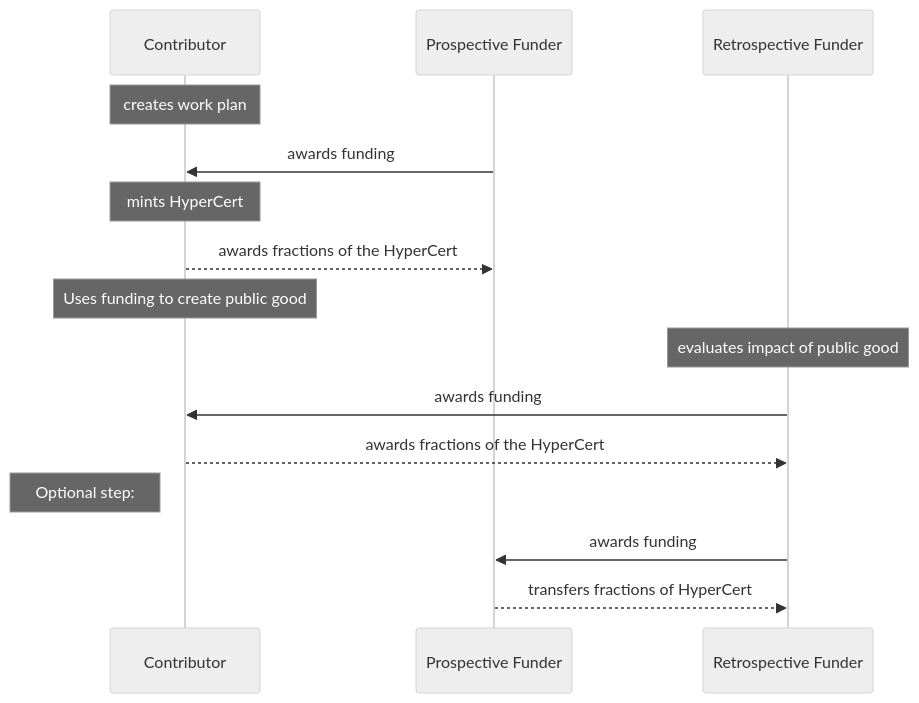
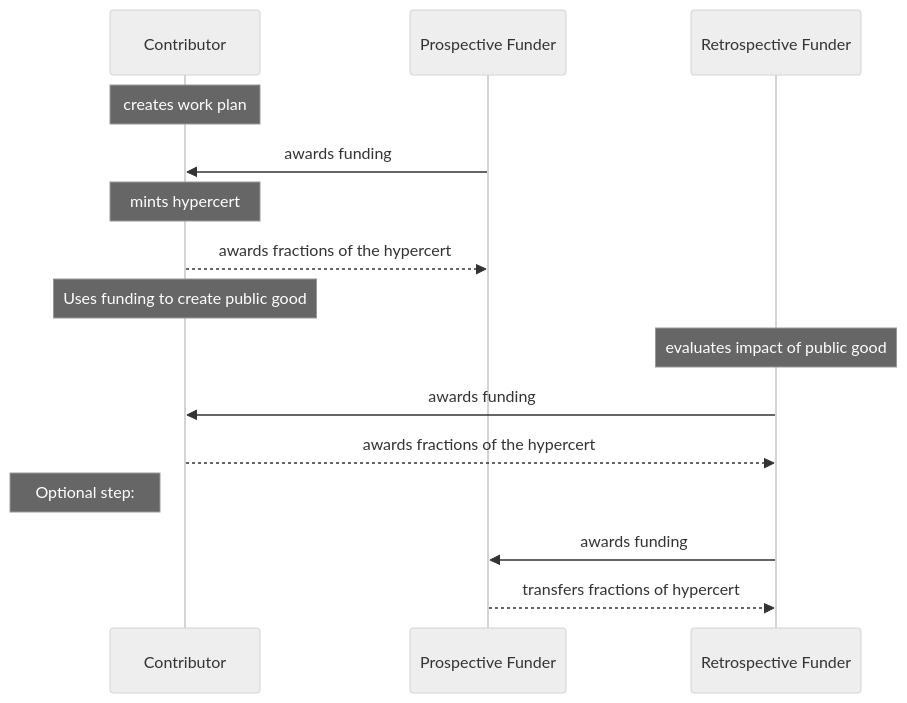
Before and after one commit to Network-Goods/hypercerts-docs: the fourth of 4 diagrams in docs/scenarios.md, drawn with Mermaid (neutral theme). The commit also changed other lines of this file and 7 other files, not shown here.

Commit message:
feat: HyperCert -> hypercert

````diff
--- a/docs/scenarios.md
+++ b/docs/scenarios.md
@@ -73,17 +73,17 @@
 ```mermaid
 sequenceDiagram
     participant Contributor
     participant Prospective Funder
     participant Retrospective Funder
     Note over Contributor: creates work plan
     Prospective Funder ->> Contributor: awards funding
-    Note over Contributor: mints HyperCert
-    Contributor -->> Prospective Funder: awards fractions of the HyperCert
+    Note over Contributor: mints hypercert
+    Contributor -->> Prospective Funder: awards fractions of the hypercert
     Note over Contributor: Uses funding to create public good
     Note over Retrospective Funder: evaluates impact of public good
     Retrospective Funder ->> Contributor: awards funding
-    Contributor -->> Retrospective Funder: awards fractions of the HyperCert
+    Contributor -->> Retrospective Funder: awards fractions of the hypercert
     Note left of Contributor: Optional step:
     Retrospective Funder ->> Prospective Funder: awards funding
-    Prospective Funder -->> Retrospective Funder: transfers fractions of HyperCert
+    Prospective Funder -->> Retrospective Funder: transfers fractions of hypercert
 ```
````
